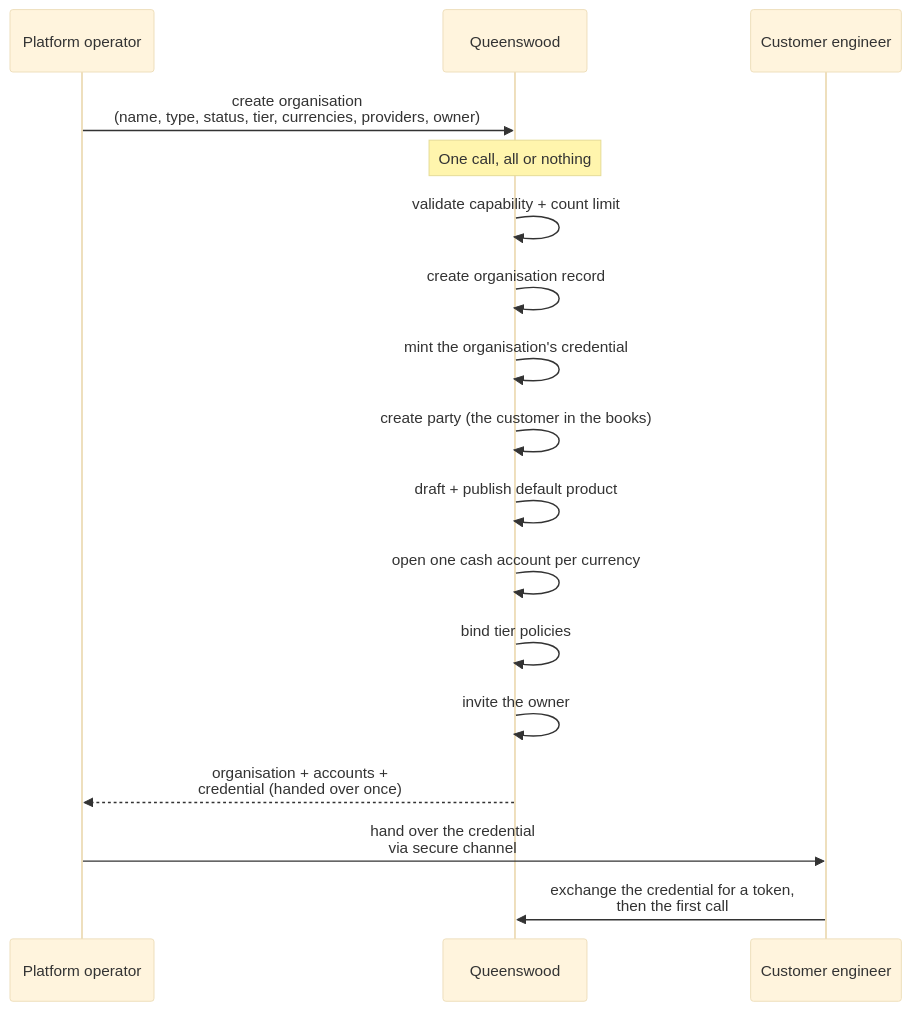
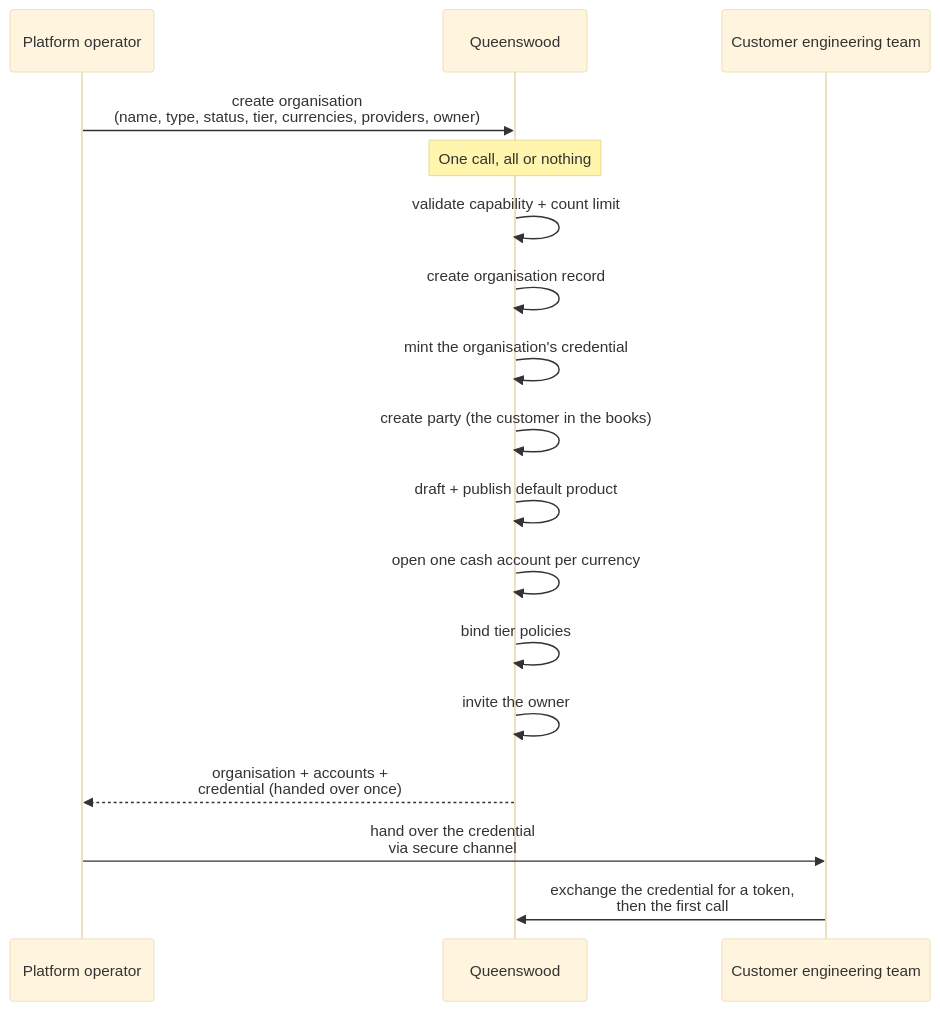
One commit to repldriven/queenswood changed the diagram in docs/prd/onboarding.md. Above: the diagram before and after it, drawn with Mermaid (base theme). The commit also changed 32 other files, not shown here.

````diff
--- a/docs/prd/onboarding.md
+++ b/docs/prd/onboarding.md
@@ -149,20 +149,20 @@
 ```mermaid
 sequenceDiagram
     participant A as Platform operator
     participant Q as Queenswood
-    participant T as Customer engineer
+    participant T as Customer engineering team
 
     A->>Q: create organisation<br/>(name, type, status, tier, currencies, providers, owner)
     Note over Q: One call, all or nothing
     Q->>Q: validate capability + count limit
     Q->>Q: create organisation record
     Q->>Q: mint the organisation's credential
     Q->>Q: create party (the customer in the books)
     Q->>Q: draft + publish default product
     Q->>Q: open one cash account per currency
     Q->>Q: bind tier policies
     Q->>Q: invite the owner
     Q-->>A: organisation + accounts +<br/>credential (handed over once)
     A->>T: hand over the credential<br/>via secure channel
     T->>Q: exchange the credential for a token,<br/>then the first call
 ```
````
